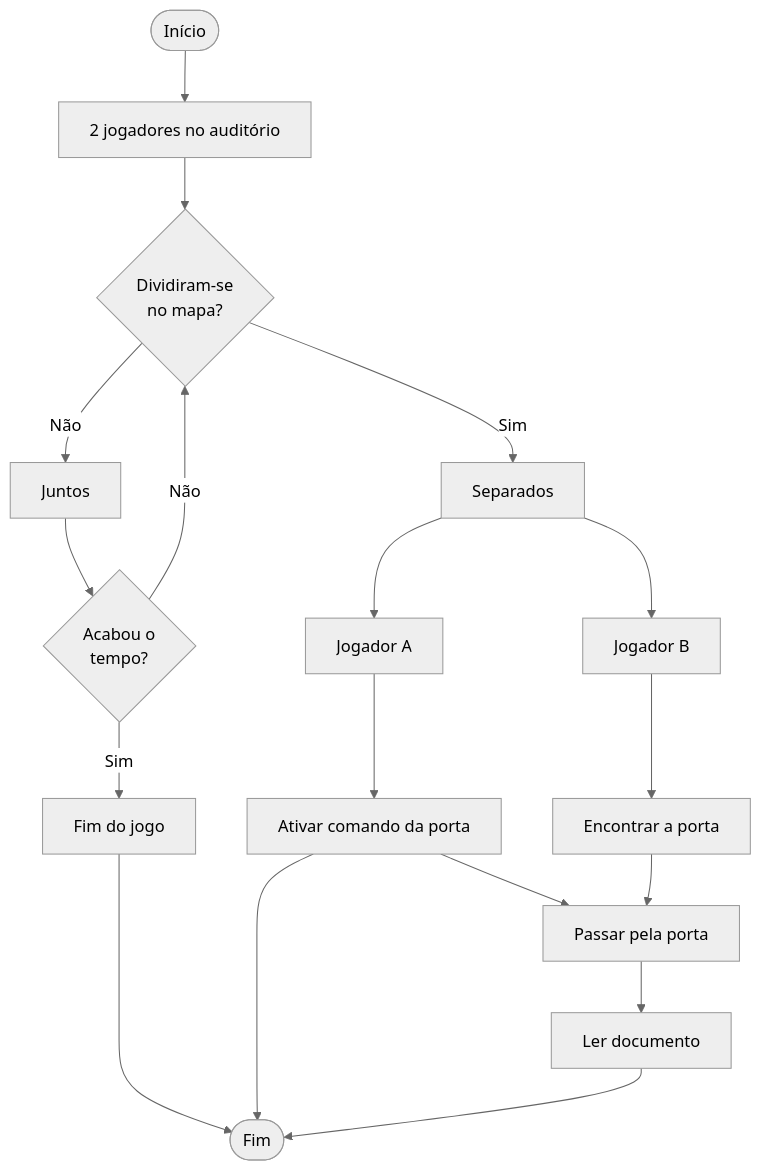
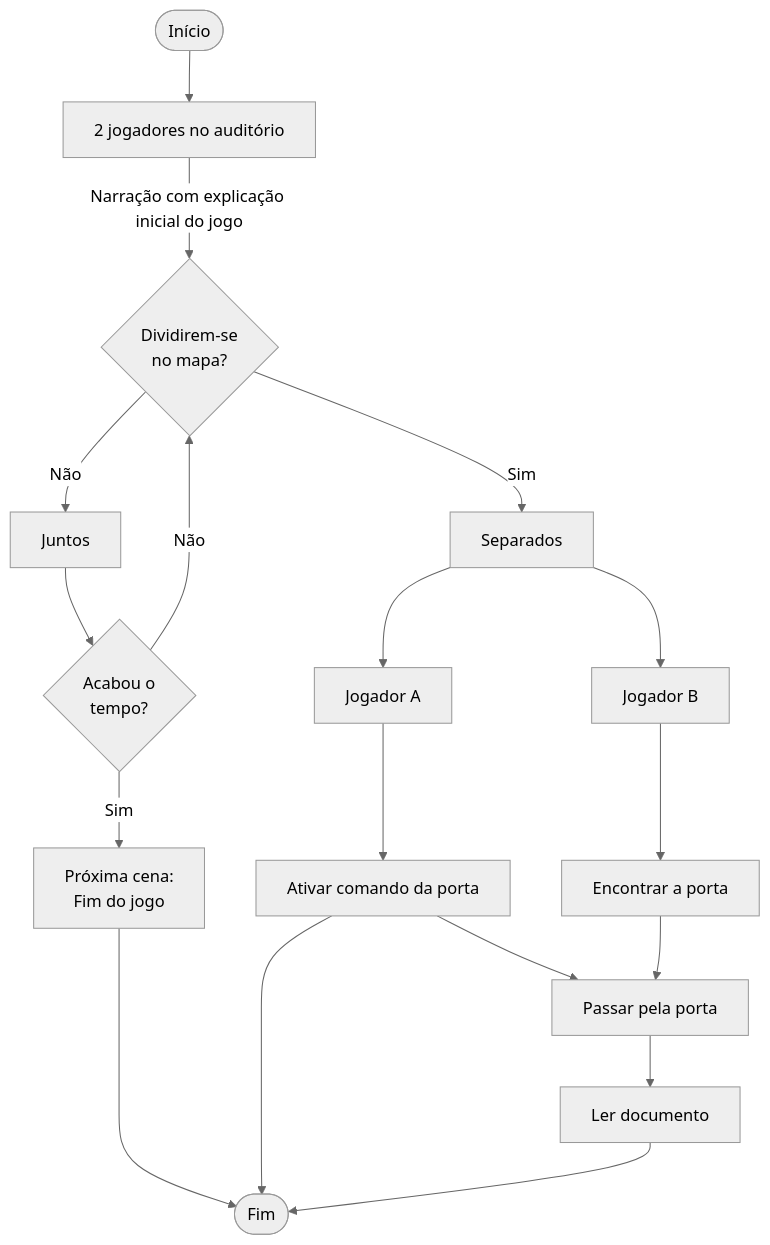
The second of 7 diagrams in README.md (ederson-torresini/adcipt20231), drawn with Mermaid (neutral theme) before and after one commit. The commit also changed other lines of this file, not shown here.

Commit message:
Definir as cenas do jogo Fixes #15

````diff
--- a/README.md
+++ b/README.md
@@ -54,35 +74,35 @@
 ```mermaid
 flowchart TD
   A([Início])
   B[2 jogadores no auditório]
-  C{Dividiram-se\nno mapa?}
+  C{Dividirem-se\nno mapa?}
   D[Separados]
   E[Juntos]
   F[Jogador A]
   G[Jogador B]
-  H[Fim do jogo]
+  H[Próxima cena:\nFim do jogo]
   I[Ativar comando da porta]
   J[Encontrar a porta]
   K[Passar pela porta]
   L[Ler documento]
   M{Acabou o\ntempo?}
   Z([Fim])
 
   A --> B
-  B --> C
+  B --> |Narração com explicação inicial do jogo| C
   C -->|Sim| D
   D --> F
   D --> G
   C -->|Não| E
   E --> M
   M --> |Sim| H
   M --> |Não| C
   H --> Z
   F --> I
   G --> J
   I --> K
   J --> K
   I --> Z
   K --> L
   L --> Z
 ```
````
